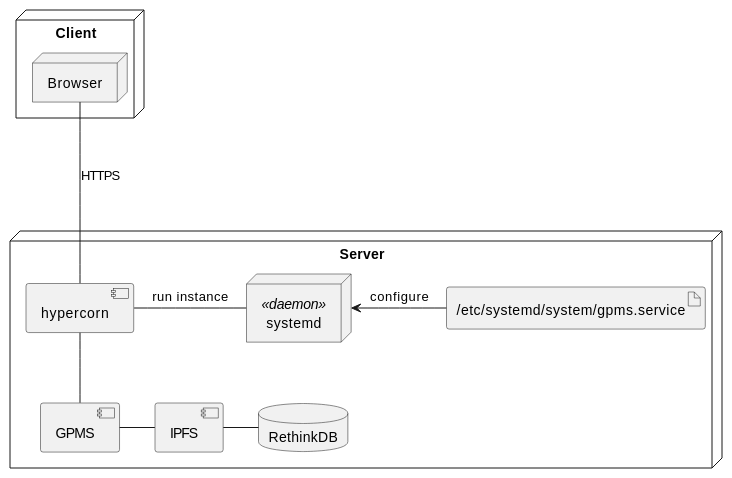
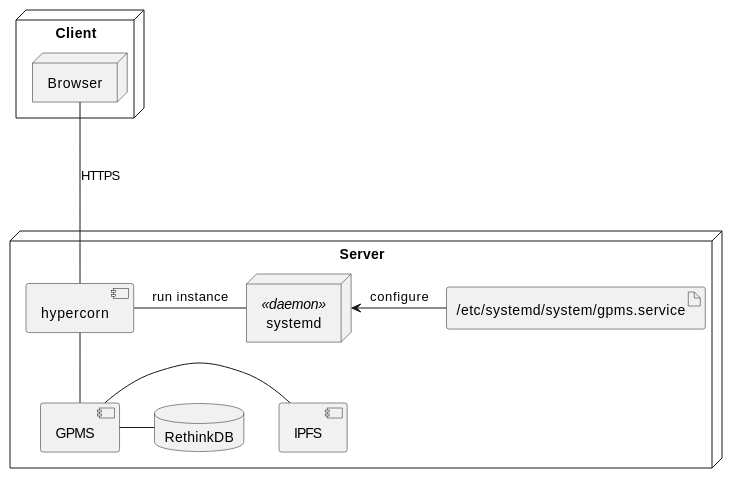
One commit to Huy-Ngo/acanban changed the first of 2 diagrams in docs/source/solution/distribution.rst. Above: the diagram before and after it, drawn with PlantUML.

Commit message:
Resolve change request.

```diff
--- a/docs/source/solution/distribution.rst
+++ b/docs/source/solution/distribution.rst
@@ -7,21 +7,21 @@
 .. uml::
 
    node Client {
       node Browser
    }
 
    node Server {
       database "RethinkDB" as db
       artifact "/etc/systemd/system/gpms.service" as systemd_conf
       component GPMS as gpms
       component hypercorn
       node systemd <<daemon>>
       component IPFS
    }
 
    Browser --- hypercorn: HTTPS
    hypercorn - systemd: run instance
    systemd <- systemd_conf: configure
    hypercorn -- gpms
    gpms - IPFS
-   IPFS - db
+   gpms - db
```
